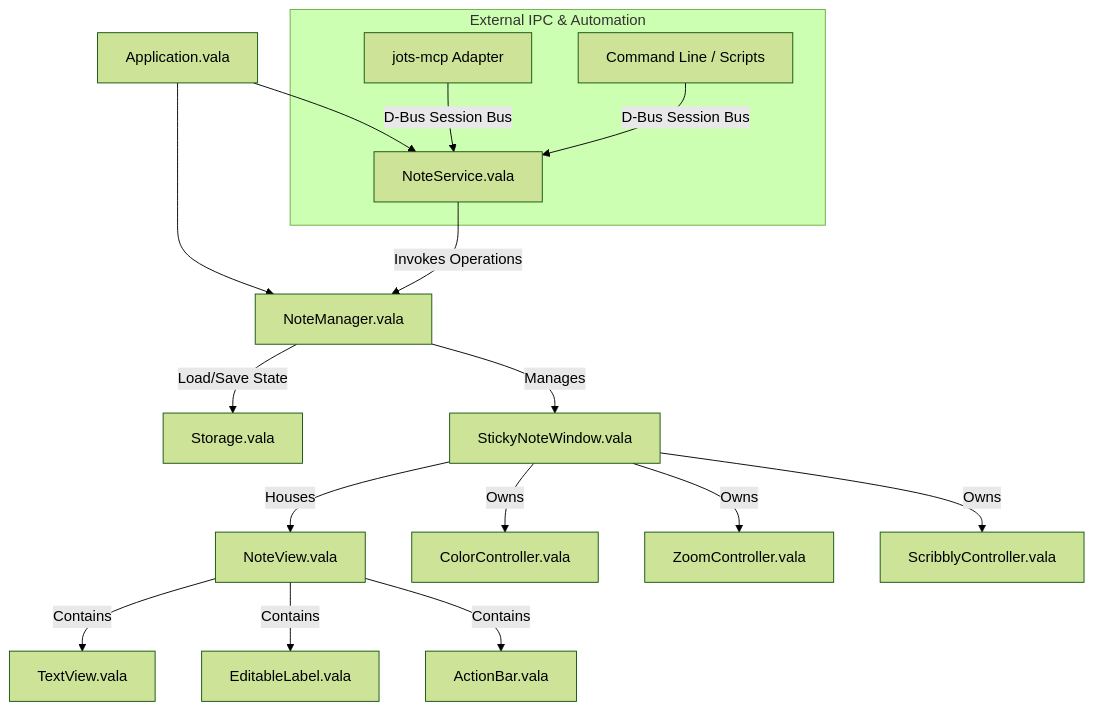
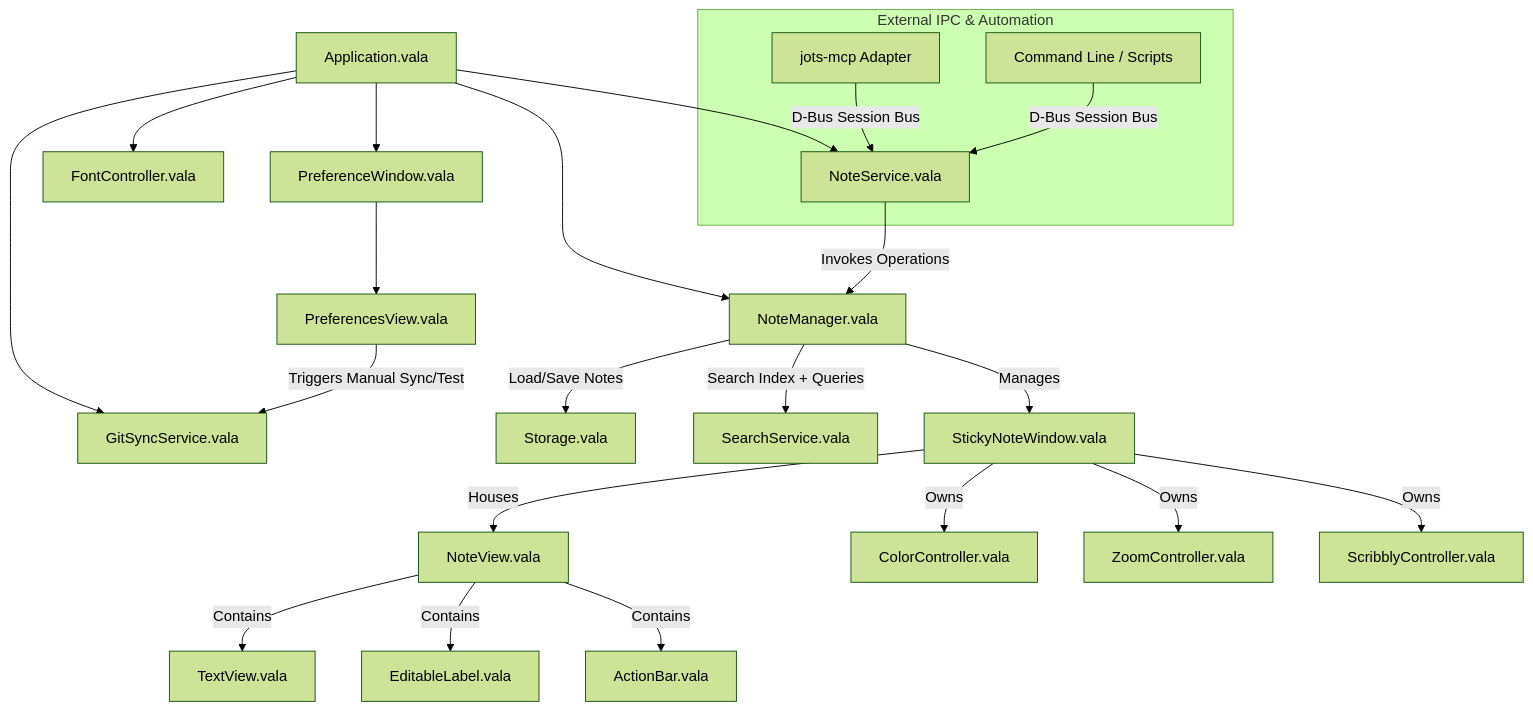
One commit to comicdeed/jots changed the first of 2 diagrams in docs/architecture.md. Above: the diagram before and after it, drawn with Mermaid (forest theme). The commit also changed other lines of this file and 1 other file, not shown here.

Commit message:
docs: align architecture and roadmap with backup/sync implementation

````diff
--- a/docs/architecture.md
+++ b/docs/architecture.md
@@ -11,20 +11,29 @@
 ```mermaid
 graph TD
     App[Application.vala] --> NM[NoteManager.vala]
     App --> NS[NoteService.vala]
+    App --> GSS[GitSyncService.vala]
+    App --> FC[FontController.vala]
+    App --> PW[PreferenceWindow.vala]
+
     NS -->|Invokes Operations| NM
-    NM -->|Load/Save State| Store[Storage.vala]
+    PW --> PV[PreferencesView.vala]
+    PV -->|Triggers Manual Sync/Test| GSS
+
+    NM -->|Load/Save Notes| Store[Storage.vala]
+    NM -->|Search Index + Queries| SS[SearchService.vala]
     NM -->|Manages| SNW[StickyNoteWindow.vala]
+
     SNW -->|Houses| NV[NoteView.vala]
     SNW -->|Owns| CC[ColorController.vala]
     SNW -->|Owns| ZC[ZoomController.vala]
     SNW -->|Owns| SC[ScribblyController.vala]
     NV -->|Contains| TV[TextView.vala]
     NV -->|Contains| EL[EditableLabel.vala]
     NV -->|Contains| AB[ActionBar.vala]
 
     subgraph External IPC & Automation
         MCP[jots-mcp Adapter] -->|D-Bus Session Bus| NS
         CLI[Command Line / Scripts] -->|D-Bus Session Bus| NS
     end
 ```
````
